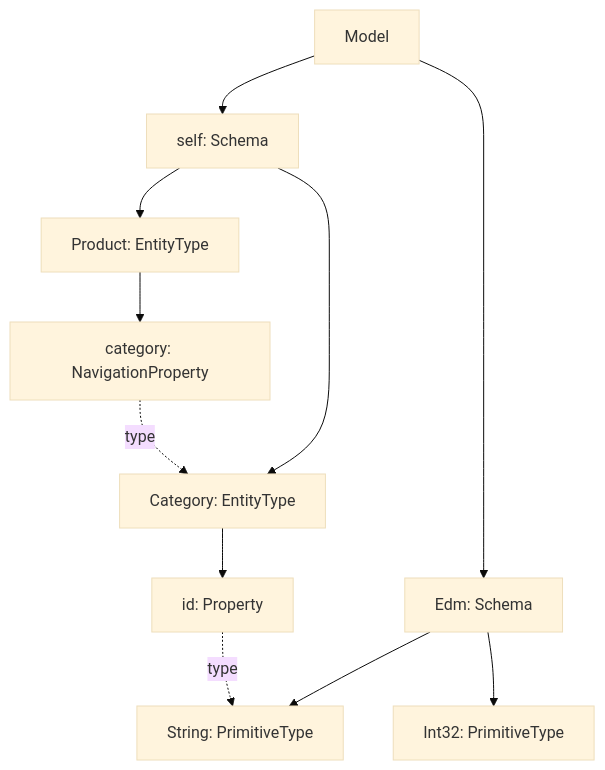
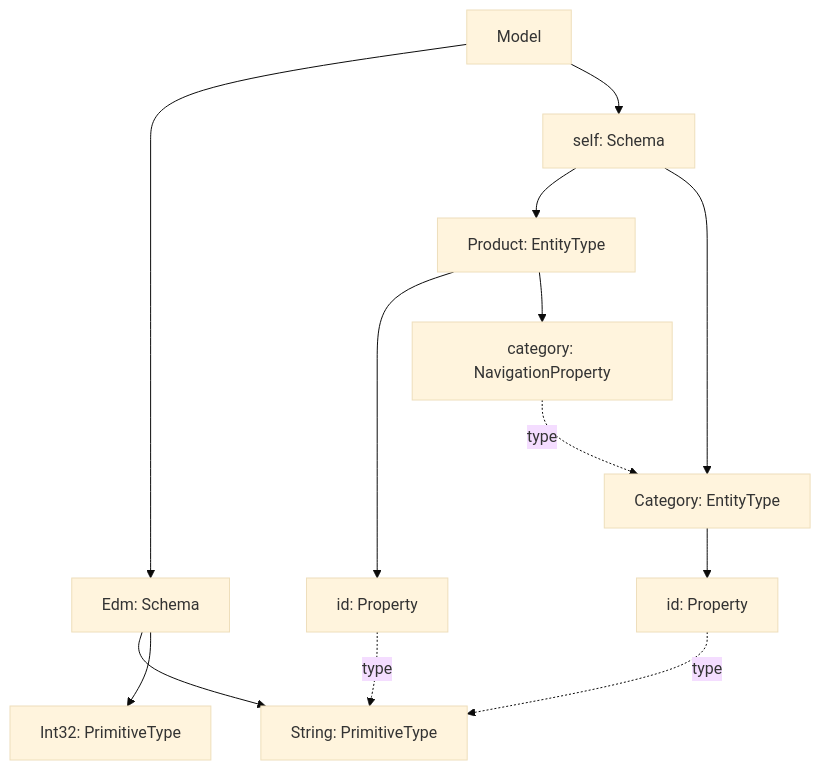
Before and after one commit to xtofs/csdl-graph: the diagram in graf/foo.md, drawn with Mermaid (base theme). The commit also changed 2 other files, not shown here.

Commit message:
nullable node name

````diff
--- a/graf/foo.md
+++ b/graf/foo.md
@@ -1,22 +1,25 @@
 ```mermaid
 graph
 0[Model]
 1[Edm: Schema]
 2[self: Schema]
 3[String: PrimitiveType]
 4[Int32: PrimitiveType]
 5[Product: EntityType]
 6[Category: EntityType]
-7[category: NavigationProperty]
-8[id: Property]
+7[id: Property]
+8[category: NavigationProperty]
+9[id: Property]
 0-->1
 0-->2
 1-->3
 1-->4
 2-->5
 2-->6
 5-->7
-6-->8
-7-.type.->6
-8-.type.->3
+5-->8
+6-->9
+7-.type.->3
+8-.type.->6
+9-.type.->3
 ```
````
